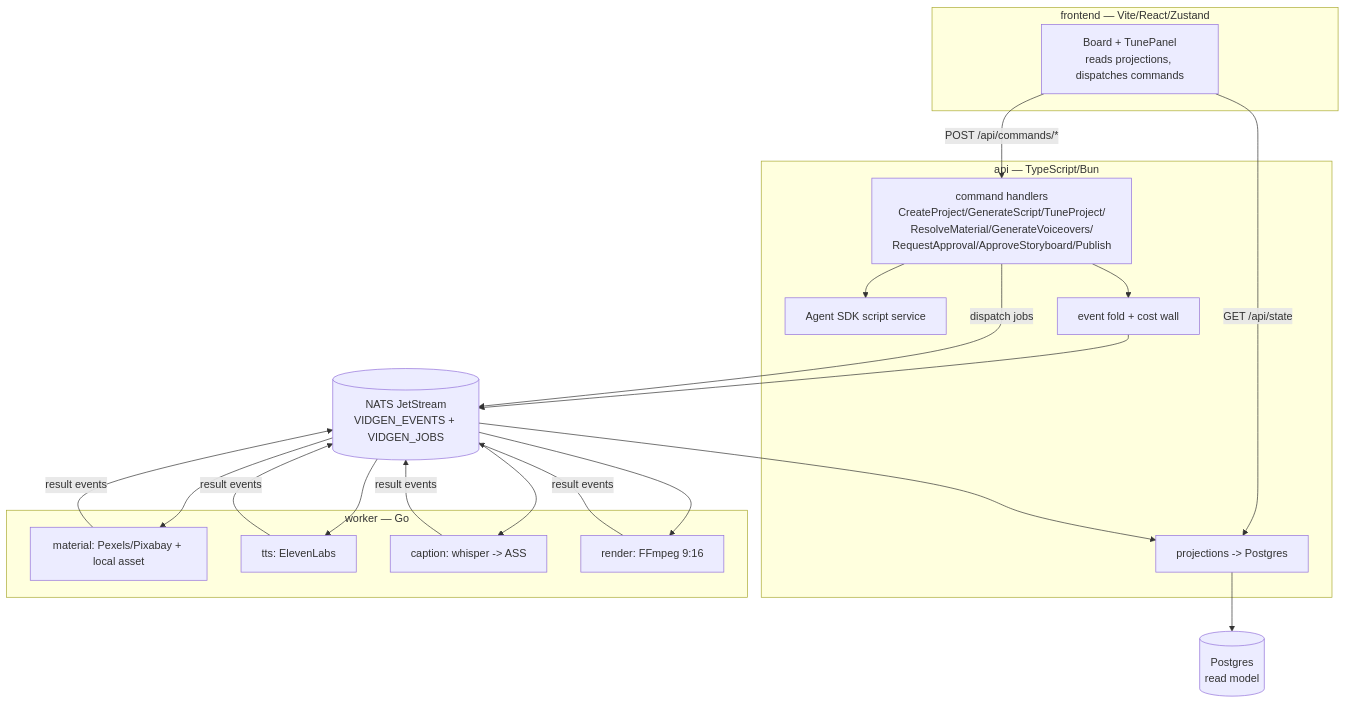
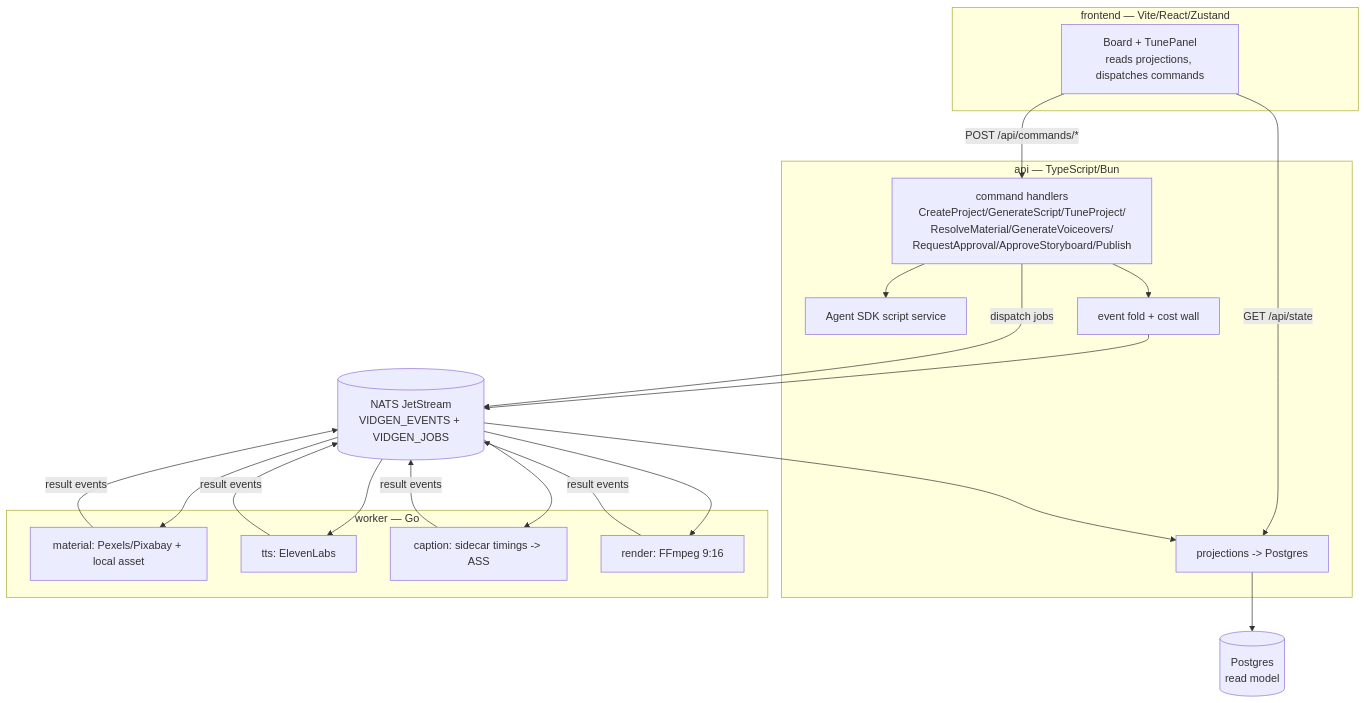
Before and after one commit to cuongtranba/video-generation-skill: the diagram in README.md, drawn with Mermaid. The commit also changed other lines of this file and 44 other files, not shown here.

First line of the commit message:
feat(worker): replace Whisper caption transcription with ElevenLabs synthesis timestamps (#29)

````diff
--- a/README.md
+++ b/README.md
@@ -26,29 +26,29 @@
 ```mermaid
 flowchart TB
     subgraph fe[frontend — Vite/React/Zustand]
       UI[Board + TunePanel<br/>reads projections, dispatches commands]
     end
     subgraph api[api — TypeScript/Bun]
       CMD[command handlers<br/>CreateProject/GenerateScript/TuneProject/<br/>ResolveMaterial/GenerateVoiceovers/<br/>RequestApproval/ApproveStoryboard/Publish]
       SDK[Agent SDK script service]
       FOLD[event fold + cost wall]
       PROJ[projections -> Postgres]
     end
     subgraph worker[worker — Go]
       MAT[material: Pexels/Pixabay + local asset]
       TTS[tts: ElevenLabs]
-      CAP[caption: whisper -> ASS]
+      CAP[caption: sidecar timings -> ASS]
       REN[render: FFmpeg 9:16]
     end
     NATS[(NATS JetStream<br/>VIDGEN_EVENTS + VIDGEN_JOBS)]
     PG[(Postgres<br/>read model)]
 
     UI -->|POST /api/commands/*| CMD
     UI -->|GET /api/state| PROJ
     CMD --> SDK
     CMD --> FOLD --> NATS
     CMD -->|dispatch jobs| NATS
     NATS --> MAT & TTS & CAP & REN
     MAT & TTS & CAP & REN -->|result events| NATS
     NATS --> PROJ --> PG
 ```
````
